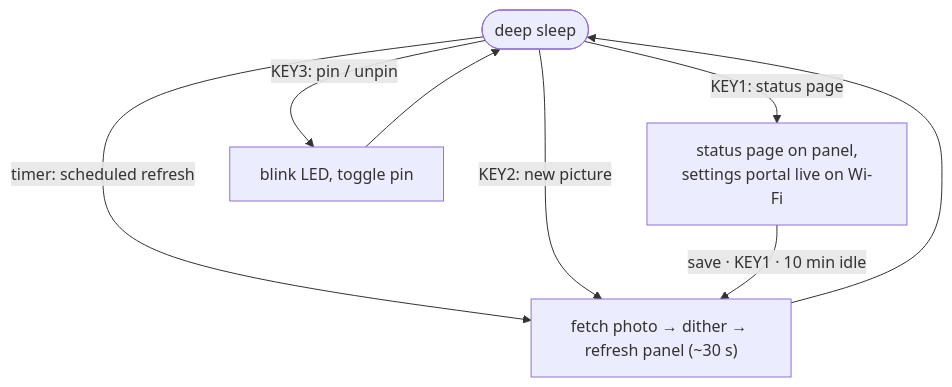
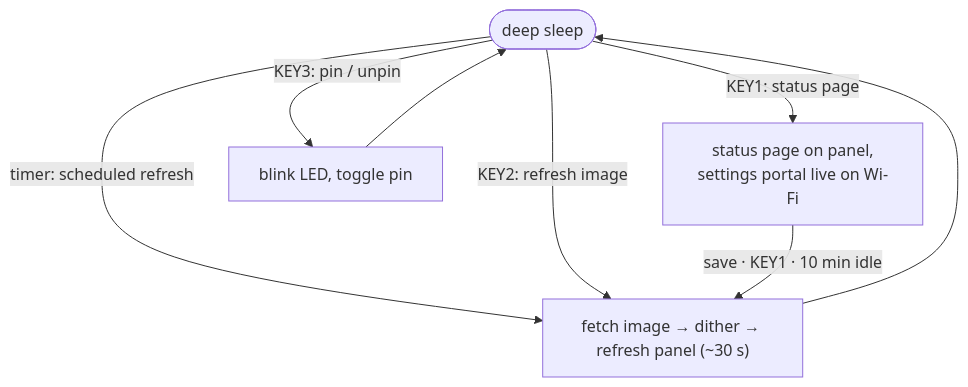
The first of 2 diagrams in README.md (sven97/hello-epaper), drawn with Mermaid before and after one commit. The commit also changed other lines of this file and 5 other files, not shown here.

````diff
--- a/README.md
+++ b/README.md
@@ -33,10 +30,10 @@
 ```mermaid
 flowchart TD
     sleep([deep sleep]) -->|"timer: scheduled refresh"| fetch
-    sleep -->|"KEY2: new picture"| fetch
+    sleep -->|"KEY2: refresh image"| fetch
     sleep -->|"KEY1: status page"| portal
     sleep -->|"KEY3: pin / unpin"| pin
-    fetch["fetch photo → dither → refresh panel (~30 s)"] --> sleep
+    fetch["fetch image → dither → refresh panel (~30 s)"] --> sleep
     portal["status page on panel,<br>settings portal live on Wi-Fi"] -->|"save · KEY1 · 10 min idle"| fetch
     pin["blink LED, toggle pin"] --> sleep
 ```
````
